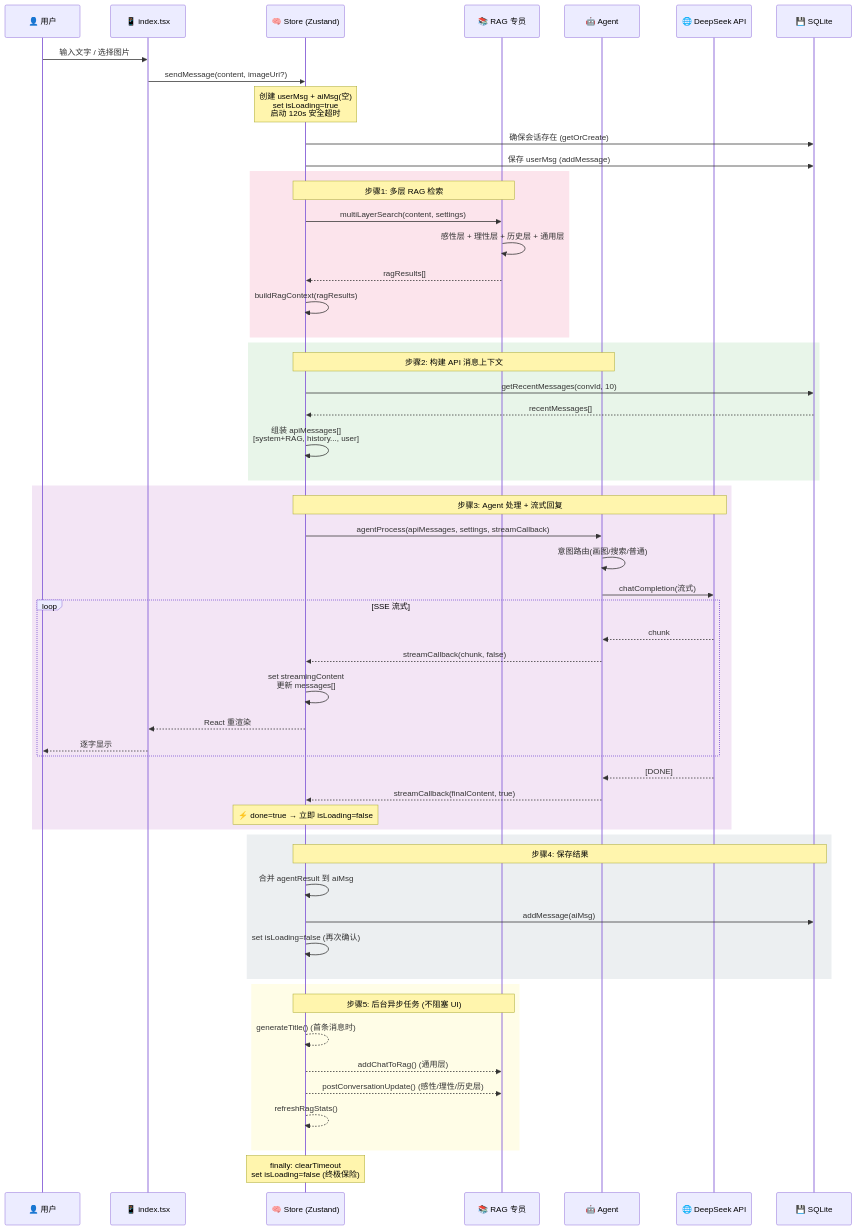
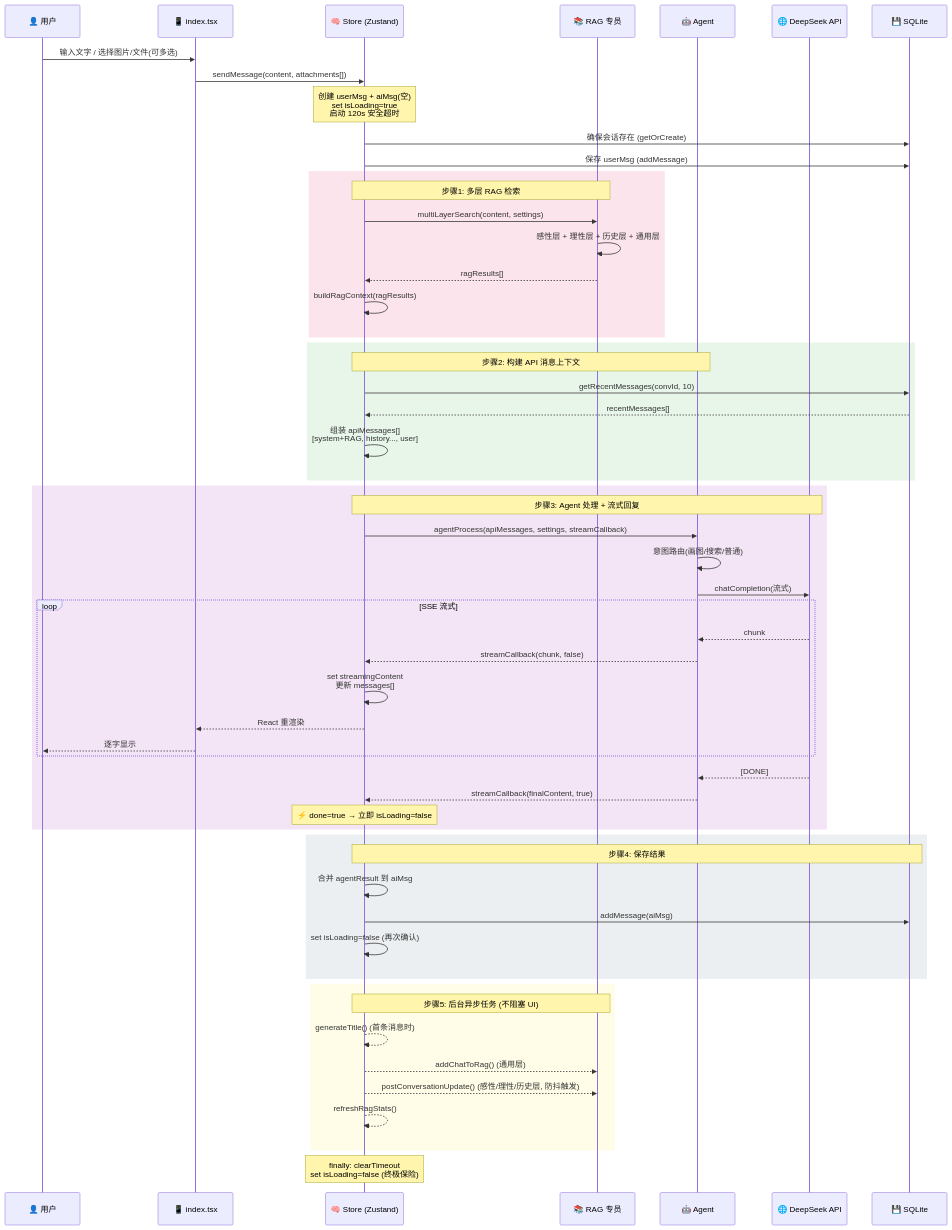
One commit to jitok123/AI-Assistant-Anywhere changed the first of 3 diagrams in 架构文档/log8_message_pipeline.md. Above: the diagram before and after it, drawn with Mermaid. The commit also changed other lines of this file and 20 other files, not shown here.

First line of the commit message:
V1.8 发行版 图片显示和UI feat: Enhance chat functionality with multi-attachment support and UI improvements

````diff
--- a/架构文档/log8_message_pipeline.md
+++ b/架构文档/log8_message_pipeline.md
@@ -9,69 +9,69 @@
 ```mermaid
 sequenceDiagram
     participant U as 👤 用户
     participant UI as 📱 index.tsx
     participant S as 🧠 Store (Zustand)
     participant RAG as 📚 RAG 专员
     participant AG as 🤖 Agent
     participant DS as 🌐 DeepSeek API
     participant DB as 💾 SQLite
 
-    U->>UI: 输入文字 / 选择图片
-    UI->>S: sendMessage(content, imageUri?)
+    U->>UI: 输入文字 / 选择图片/文件(可多选)
+    UI->>S: sendMessage(content, attachments[])
     
     Note over S: 创建 userMsg + aiMsg(空)<br/>set isLoading=true<br/>启动 120s 安全超时
 
     S->>DB: 确保会话存在 (getOrCreate)
     S->>DB: 保存 userMsg (addMessage)
     
     rect rgb(252, 228, 236)
         Note over S,RAG: 步骤1: 多层 RAG 检索
         S->>RAG: multiLayerSearch(content, settings)
         RAG->>RAG: 感性层 + 理性层 + 历史层 + 通用层
         RAG-->>S: ragResults[]
         S->>S: buildRagContext(ragResults)
     end
 
     rect rgb(232, 245, 233)
         Note over S,AG: 步骤2: 构建 API 消息上下文
         S->>DB: getRecentMessages(convId, 10)
         DB-->>S: recentMessages[]
         S->>S: 组装 apiMessages[]<br/>[system+RAG, history..., user]
     end
 
     rect rgb(243, 229, 245)
         Note over S,DS: 步骤3: Agent 处理 + 流式回复
         S->>AG: agentProcess(apiMessages, settings, streamCallback)
         AG->>AG: 意图路由(画图/搜索/普通)
         AG->>DS: chatCompletion(流式)
         
         loop SSE 流式
             DS-->>AG: chunk
             AG-->>S: streamCallback(chunk, false)
             S->>S: set streamingContent<br/>更新 messages[]
             S-->>UI: React 重渲染
             UI-->>U: 逐字显示
         end
         
         DS-->>AG: [DONE]
         AG-->>S: streamCallback(finalContent, true)
         Note over S: ⚡ done=true → 立即 isLoading=false
     end
 
     rect rgb(236, 239, 241)
         Note over S,DB: 步骤4: 保存结果
         S->>S: 合并 agentResult 到 aiMsg
         S->>DB: addMessage(aiMsg)
         S->>S: set isLoading=false (再次确认)
     end
 
     rect rgb(255, 253, 231)
         Note over S,RAG: 步骤5: 后台异步任务 (不阻塞 UI)
         S-->>S: generateTitle() (首条消息时)
         S-->>RAG: addChatToRag() (通用层)
-        S-->>RAG: postConversationUpdate() (感性/理性/历史层)
+        S-->>RAG: postConversationUpdate() (感性/理性/历史层, 防抖触发)
         S-->>S: refreshRagStats()
     end
 
     Note over S: finally: clearTimeout<br/>set isLoading=false (终极保险)
 ```
````
